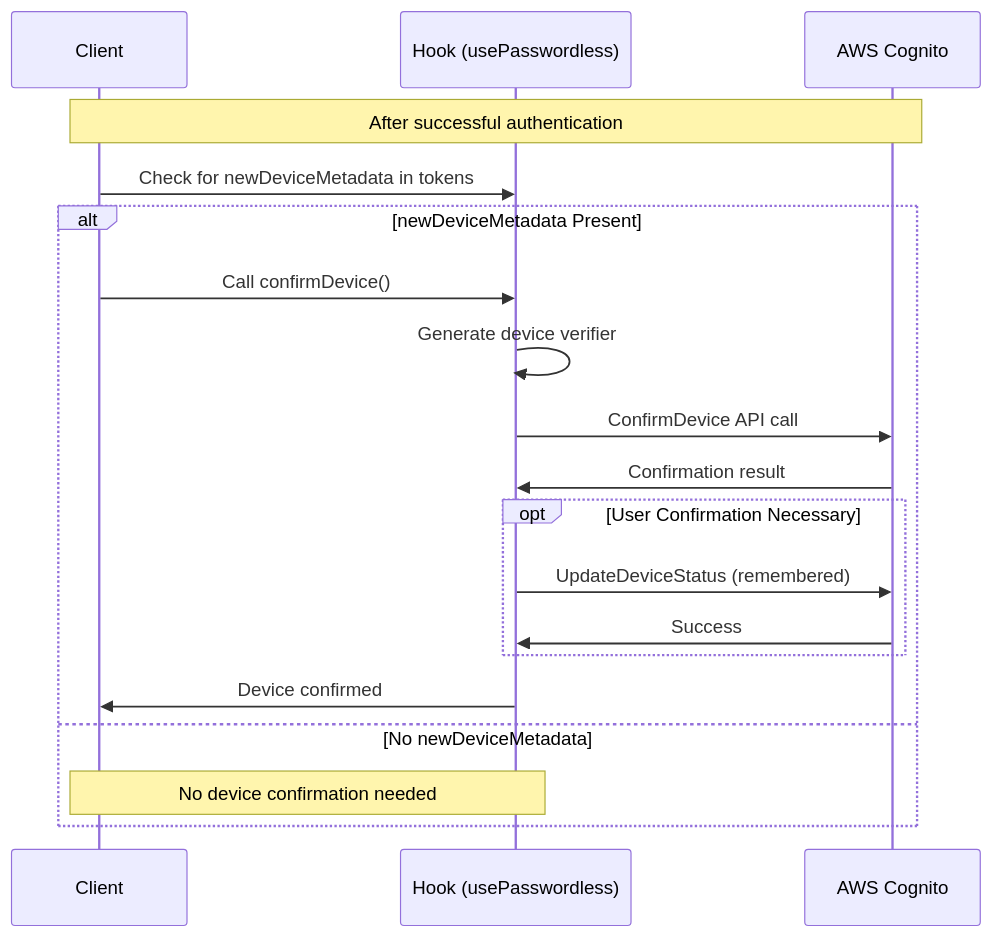
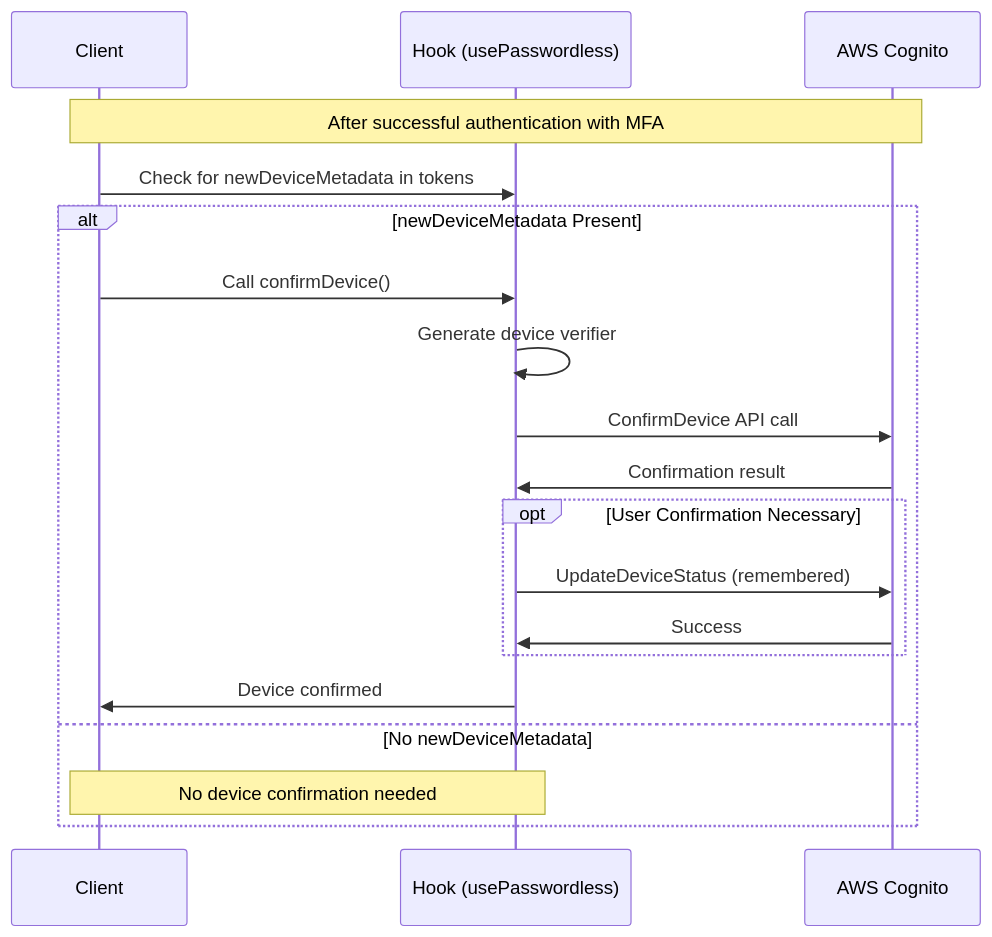
One commit to joinmeow/amazon-cognito-passwordless-auth changed the sixth of 6 diagrams in client/react/README-REACT.md. Above: the diagram before and after it, drawn with Mermaid. The commit also changed other lines of this file and 2 other files, not shown here.

````diff
--- a/client/react/README-REACT.md
+++ b/client/react/README-REACT.md
@@ -687,23 +687,23 @@
 ```mermaid
 sequenceDiagram
     participant C as Client
     participant W as Hook (usePasswordless)
     participant A as AWS Cognito
 
-    Note over C,A: After successful authentication
+    Note over C,A: After successful authentication with MFA
     C->>W: Check for newDeviceMetadata in tokens
 
     alt newDeviceMetadata Present
         C->>W: Call confirmDevice()
         W->>W: Generate device verifier
         W->>A: ConfirmDevice API call
         A->>W: Confirmation result
         opt User Confirmation Necessary
             W->>A: UpdateDeviceStatus (remembered)
             A->>W: Success
         end
         W->>C: Device confirmed
     else No newDeviceMetadata
         Note over C,W: No device confirmation needed
     end
 ```
````
